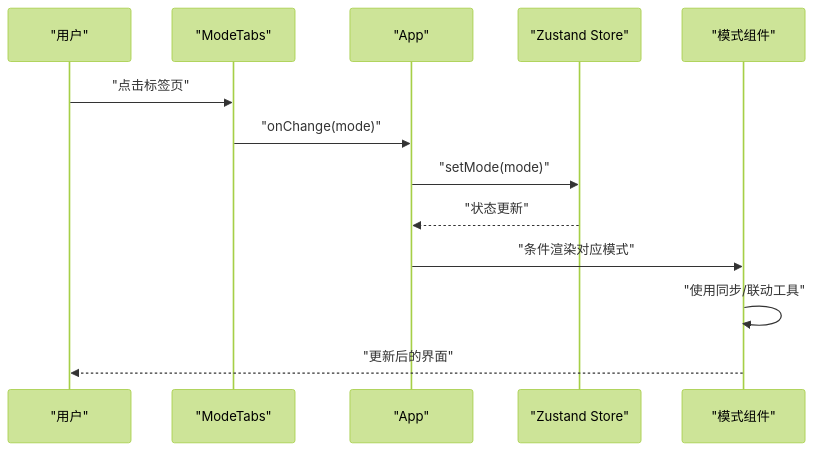
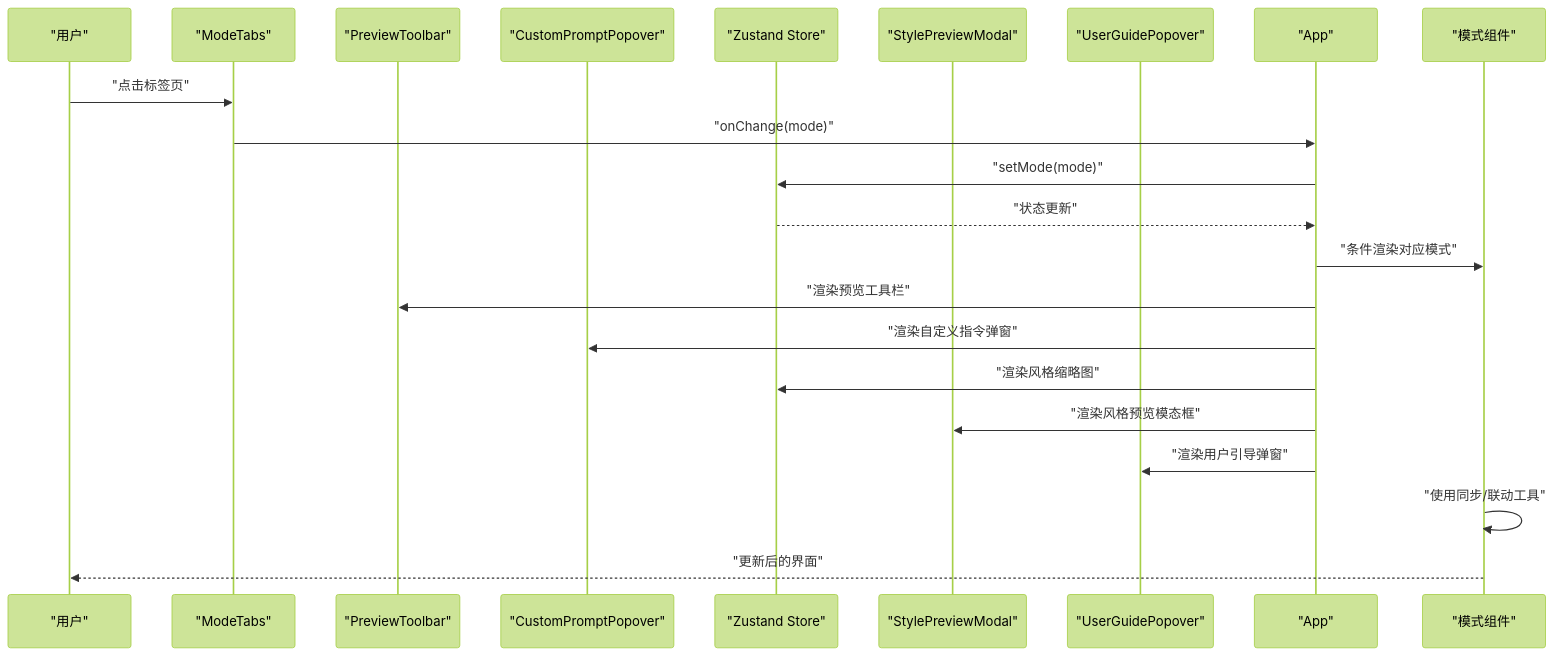
One commit to ZhongXiandou/markdown2view changed the second of 11 diagrams in .qoder/repowiki/zh/content/UI组件库/布局组件.md. Above: the diagram before and after it, drawn with Mermaid (forest theme). The commit also changed other lines of this file and 35 other files, not shown here.

````diff
--- a/.qoder/repowiki/zh/content/UI组件库/布局组件.md
+++ b/.qoder/repowiki/zh/content/UI组件库/布局组件.md
@@ -104,15 +147,25 @@
 ```mermaid
 sequenceDiagram
 participant U as "用户"
 participant MT as "ModeTabs"
+participant PT as "PreviewToolbar"
+participant CPP as "CustomPromptPopover"
+participant ST as "StyleThumbnail"
+participant SPM as "StylePreviewModal"
+participant UGP as "UserGuidePopover"
 participant APP as "App"
 participant ST as "Zustand Store"
 participant M as "模式组件"
 U->>MT : "点击标签页"
 MT->>APP : "onChange(mode)"
 APP->>ST : "setMode(mode)"
 ST-->>APP : "状态更新"
 APP->>M : "条件渲染对应模式"
+APP->>PT : "渲染预览工具栏"
+APP->>CPP : "渲染自定义指令弹窗"
+APP->>ST : "渲染风格缩略图"
+APP->>SPM : "渲染风格预览模态框"
+APP->>UGP : "渲染用户引导弹窗"
 M->>M : "使用同步/联动工具"
 M-->>U : "更新后的界面"
 ```
````
